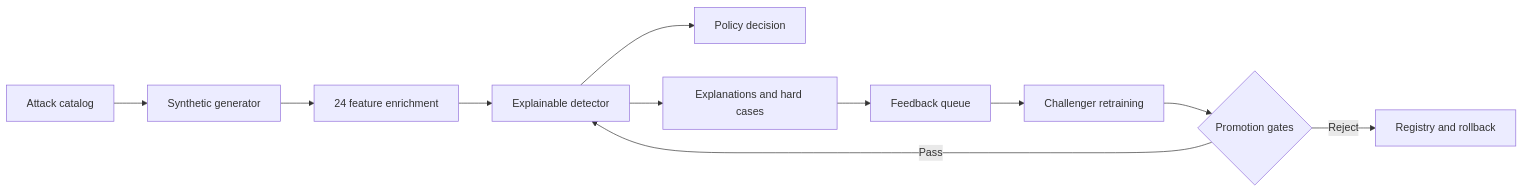
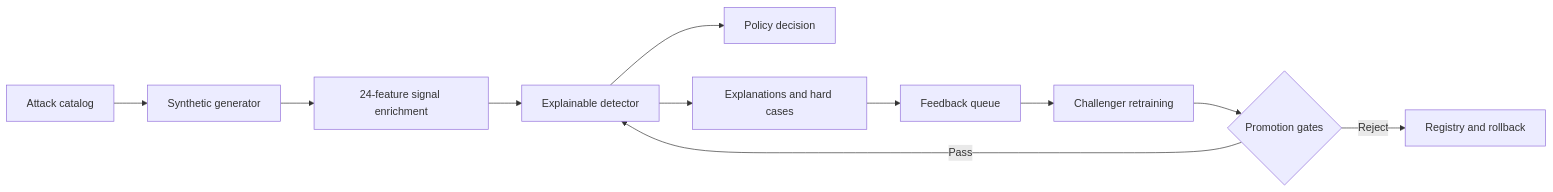
The diagram in README.md (agnishant14/MasterShield), drawn with Mermaid before and after one commit. The commit also changed other lines of this file and 3 other files, not shown here.

````diff
--- a/README.md
+++ b/README.md
@@ -34,13 +34,13 @@
 ```mermaid
 flowchart LR
     A[Attack catalog] --> B[Synthetic generator]
-    B --> C[24 feature enrichment]
+    B --> C[24-feature signal enrichment]
     C --> D[Explainable detector]
     D --> E[Policy decision]
     D --> F[Explanations and hard cases]
     F --> G[Feedback queue]
     G --> H[Challenger retraining]
     H --> I{Promotion gates}
     I -->|Pass| D
     I -->|Reject| J[Registry and rollback]
 ```
````
